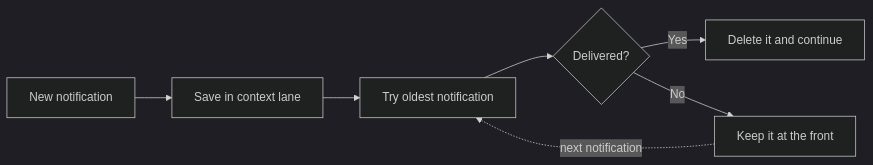
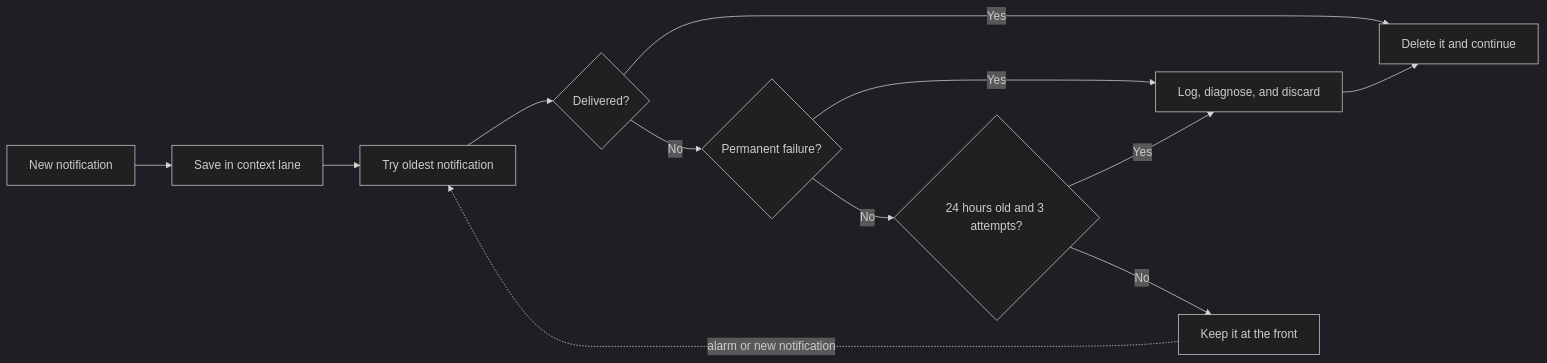
The diagram in apps/docs/docs/features/durable-delivery.mdx (cbnventures/ntfy-reverse-proxy), drawn with Mermaid (dark theme) before and after one commit. The commit also changed other lines of this file and 89 other files, not shown here.

````diff
--- a/apps/docs/docs/features/durable-delivery.mdx
+++ b/apps/docs/docs/features/durable-delivery.mdx
@@ -37,9 +38,14 @@
 ```mermaid
 flowchart LR
     Incoming[New notification] --> Save[Save in context lane]
     Save --> Oldest[Try oldest notification]
     Oldest --> Delivered{Delivered?}
     Delivered -->|Yes| Delete[Delete it and continue]
-    Delivered -->|No| Keep[Keep it at the front]
-    Keep -. next notification .-> Oldest
+    Delivered -->|No| Permanent{Permanent failure?}
+    Permanent -->|Yes| Purge[Log, diagnose, and discard]
+    Permanent -->|No| Expired{24 hours old and 3 attempts?}
+    Expired -->|Yes| Purge
+    Expired -->|No| Keep[Keep it at the front]
+    Keep -. alarm or new notification .-> Oldest
+    Purge --> Delete
 ```
````
